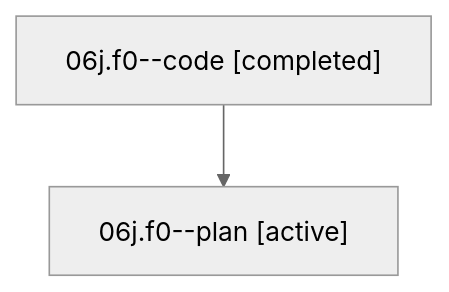
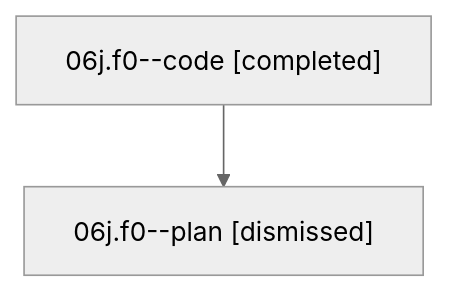
One commit to sase-org/sase--agents changed the diagram in sessions/bbugyi200.athena.06j.f0.md. Above: the diagram before and after it, drawn with Mermaid (neutral theme). The commit also changed other lines of this file and 38 other files, not shown here.

````diff
--- a/sessions/bbugyi200.athena.06j.f0.md
+++ b/sessions/bbugyi200.athena.06j.f0.md
@@ -9,6 +9,6 @@
 ```mermaid
 flowchart TD
   n0["06j.f0--code [completed]"]
-  n1["06j.f0--plan [active]"]
+  n1["06j.f0--plan [dismissed]"]
   n0 --> n1
 ```
````
